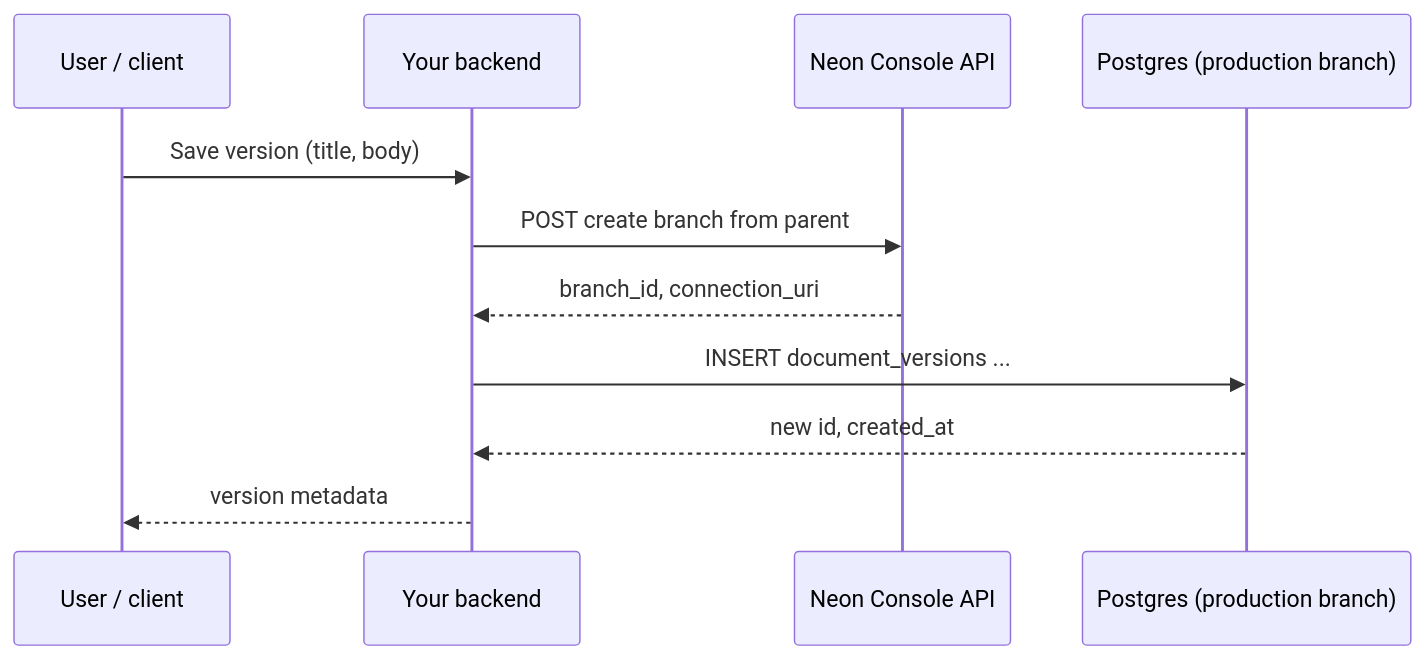
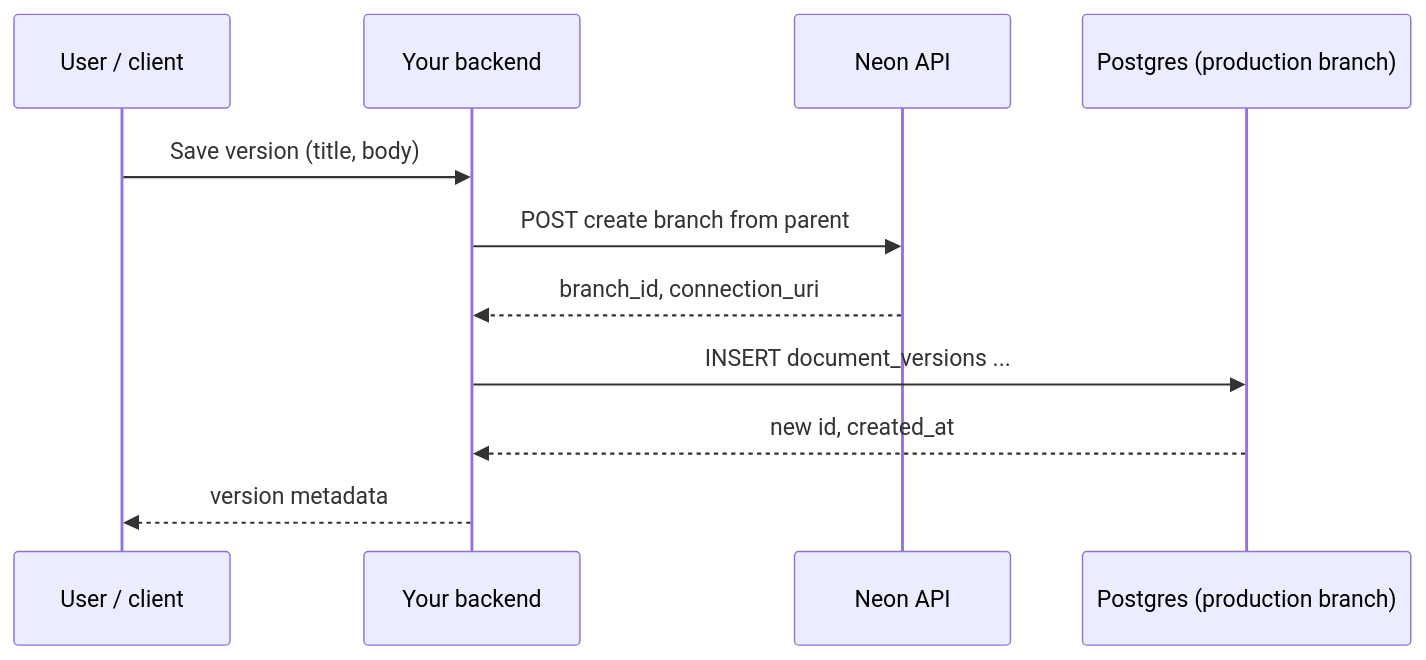
The third of 4 diagrams in content/guides/google-docs-style-version-history-neon-branching.md (neondatabase/website), drawn with Mermaid before and after one commit. The commit also changed other lines of this file and 176 other files, not shown here.

````diff
--- a/content/guides/google-docs-style-version-history-neon-branching.md
+++ b/content/guides/google-docs-style-version-history-neon-branching.md
@@ -122,14 +124,14 @@
 ```mermaid
 sequenceDiagram
   participant U as User / client
   participant API as Your backend
-  participant Neon as Neon Console API
+  participant Neon as Neon API
   participant Main as Postgres (production branch)
 
   U->>API: Save version (title, body)
   API->>Neon: POST create branch from parent
   Neon-->>API: branch_id, connection_uri
   API->>Main: INSERT document_versions ...
   Main-->>API: new id, created_at
   API-->>U: version metadata
 ```
````
